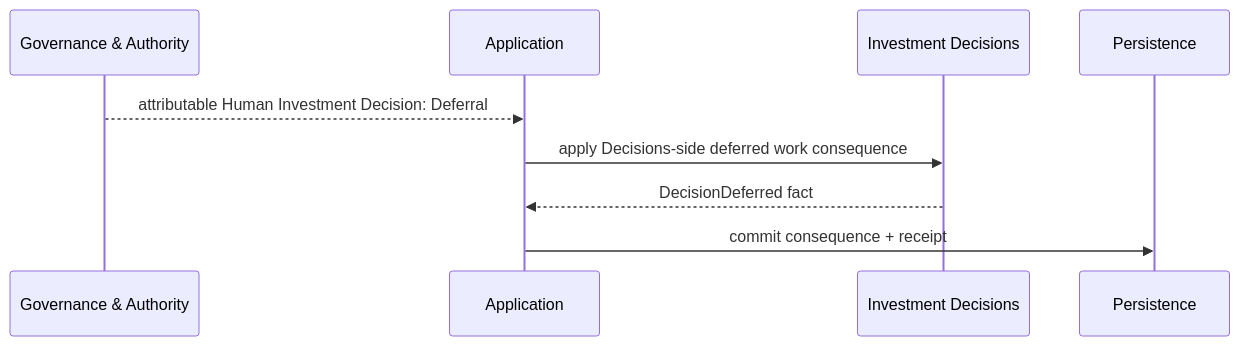
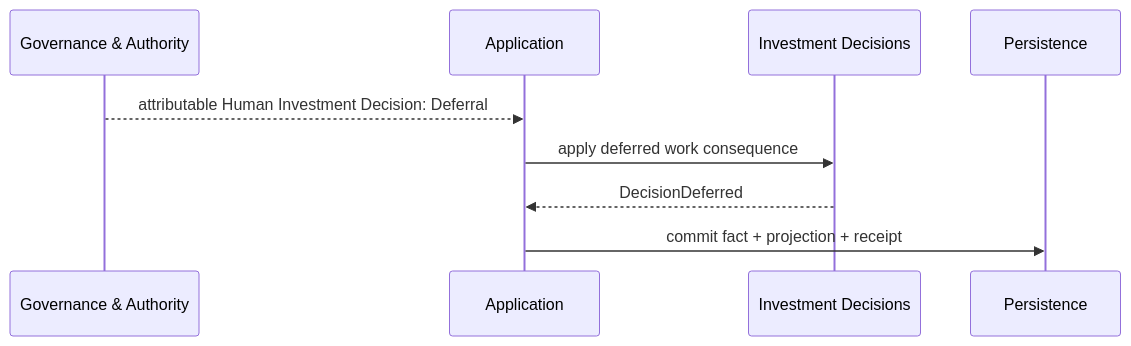
One commit to sponge-b0b/Polaris changed the fifth of 8 diagrams in docs/proposed/platform-domain-interaction-map.md. Above: the diagram before and after it, drawn with Mermaid. The commit also changed other lines of this file and 11 other files, not shown here.

````diff
--- a/docs/proposed/platform-domain-interaction-map.md
+++ b/docs/proposed/platform-domain-interaction-map.md
@@ -384,12 +321,12 @@
 ```mermaid
 sequenceDiagram
     participant G as Governance & Authority
     participant App as Application
     participant D as Investment Decisions
     participant P as Persistence
 
     G-->>App: attributable Human Investment Decision: Deferral
-    App->>D: apply Decisions-side deferred work consequence
-    D-->>App: DecisionDeferred fact
-    App->>P: commit consequence + receipt
+    App->>D: apply deferred work consequence
+    D-->>App: DecisionDeferred
+    App->>P: commit fact + projection + receipt
 ```
````
